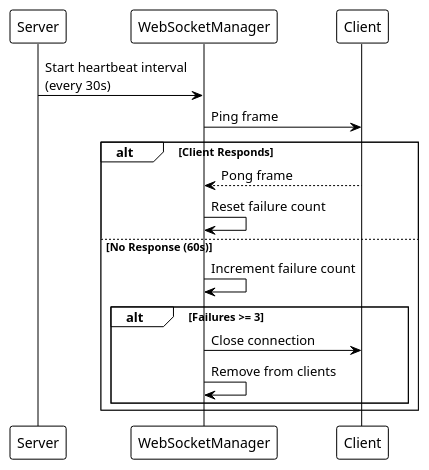
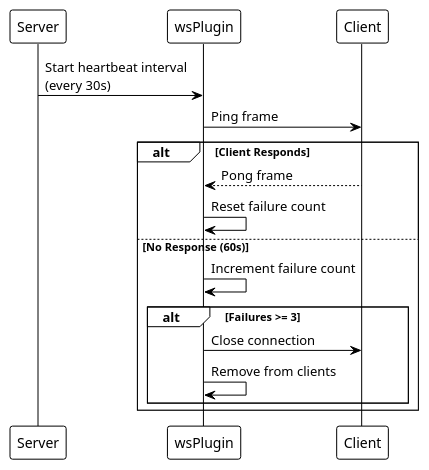
One commit to EraPartner/Watchman changed the third of 4 diagrams in docs/adr/005-real-time-websocket.md. Above: the diagram before and after it, drawn with PlantUML. The commit also changed other lines of this file and 138 other files, not shown here.

````diff
--- a/docs/adr/005-real-time-websocket.md
+++ b/docs/adr/005-real-time-websocket.md
@@ -171,25 +182,25 @@
 ```plantuml
 @startuml
 !theme plain
 
 participant "Server" as Server
-participant "WebSocketManager" as WSM
+participant "wsPlugin" as WSM
 participant "Client" as Client
 
 Server -> WSM : Start heartbeat interval\n(every 30s)
 
 WSM -> Client : Ping frame
 
 alt Client Responds
     Client --> WSM : Pong frame
     WSM -> WSM : Reset failure count
 
 else No Response (60s)
     WSM -> WSM : Increment failure count
     alt Failures >= 3
         WSM -> Client : Close connection
         WSM -> WSM : Remove from clients
     end
 end
 @enduml
 ```
````
